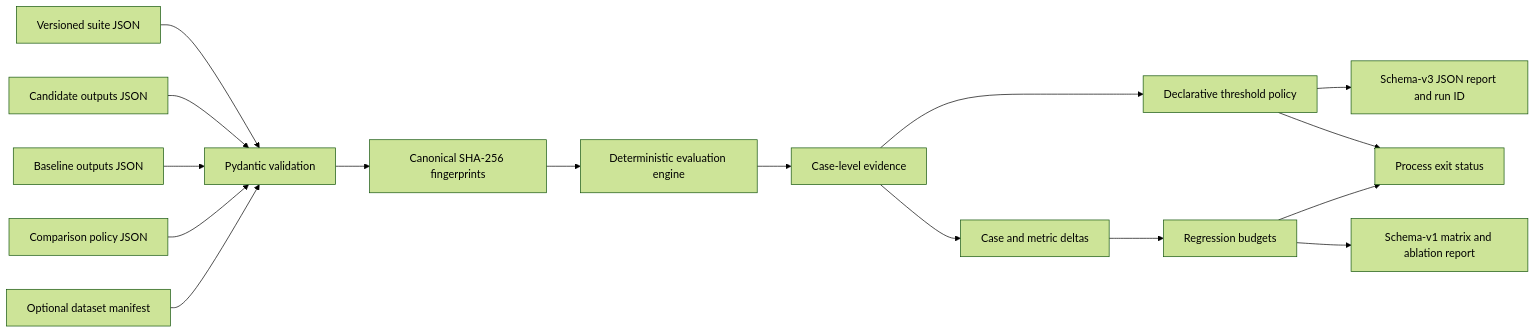
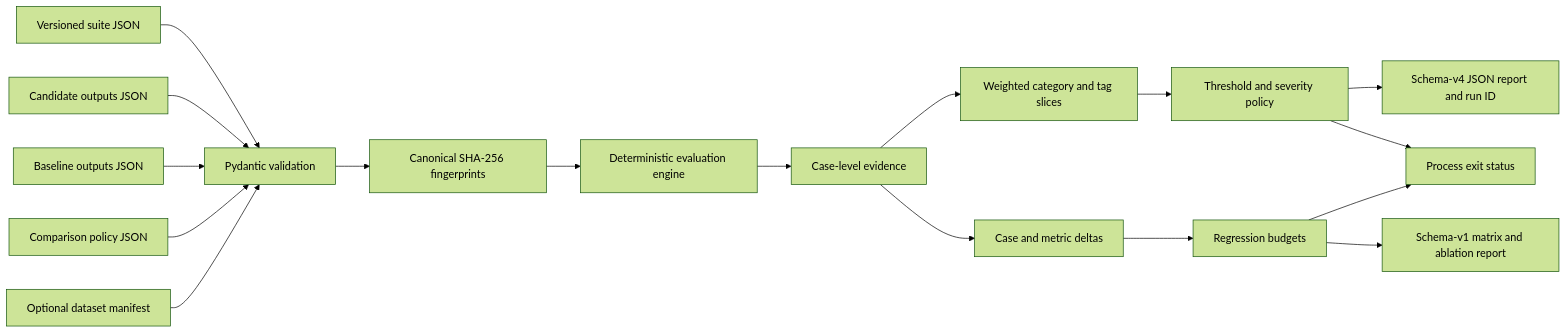
Before and after one commit to navaneeth9908/evalforge: the first of 2 diagrams in docs/architecture.md, drawn with Mermaid (forest theme). The commit also changed other lines of this file and 10 other files, not shown here.

Commit message:
add weighted evaluation slices

````diff
--- a/docs/architecture.md
+++ b/docs/architecture.md
@@ -7,18 +7,19 @@
 ```mermaid
 flowchart LR
     S[Versioned suite JSON] --> V[Pydantic validation]
     O[Candidate outputs JSON] --> V
     B[Baseline outputs JSON] --> V
     C[Comparison policy JSON] --> V
     M[Optional dataset manifest] --> V
     V --> H[Canonical SHA-256 fingerprints]
     H --> E[Deterministic evaluation engine]
     E --> R[Case-level evidence]
-    R --> G[Declarative threshold policy]
-    G --> J[Schema-v3 JSON report and run ID]
+    R --> W[Weighted category and tag slices]
+    W --> G[Threshold and severity policy]
+    G --> J[Schema-v4 JSON report and run ID]
     G --> X[Process exit status]
     R --> D[Case and metric deltas]
     D --> Q[Regression budgets]
     Q --> A[Schema-v1 matrix and ablation report]
     Q --> X
 ```
````
